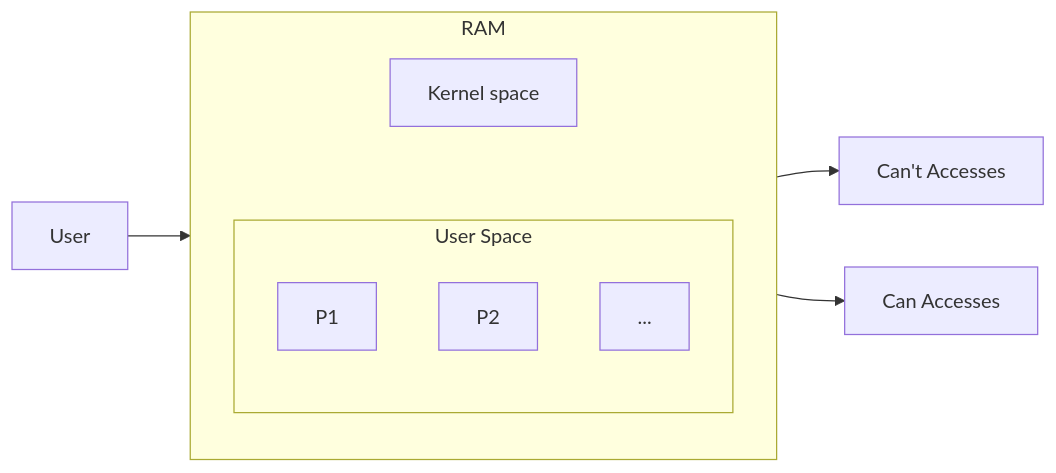
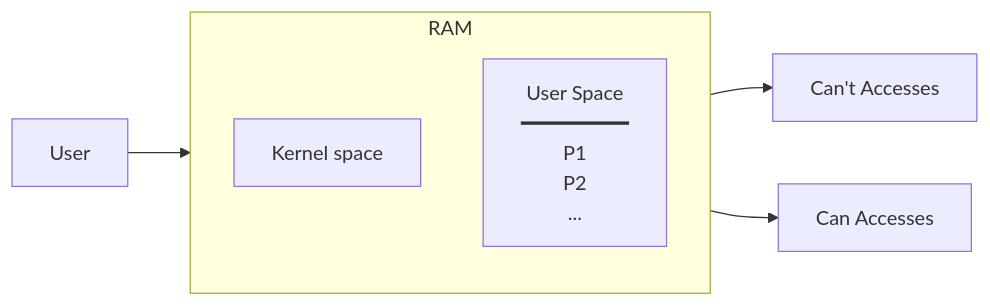
The second of 10 diagrams in OperatingSystem/OS_scratch/Concepts_OS/Intro_OS/Lession4.md (Duc-Lee/LLMserving_GPUoptimization), drawn with Mermaid before and after one commit. The commit also changed other lines of this file, not shown here.

````diff
--- a/OperatingSystem/OS_scratch/Concepts_OS/Intro_OS/Lession4.md
+++ b/OperatingSystem/OS_scratch/Concepts_OS/Intro_OS/Lession4.md
@@ -21,23 +21,14 @@
 ```mermaid
 flowchart LR
     USER["User"]
 
     subgraph RAM ["RAM"]
         direction TB
         KS["Kernel space"]
-        subgraph US ["User Space"]
-            direction TB
-            P1["P1"]
-            P2["P2"]
-            PDOTS["..."]
-        end
-        KS ~~~ US
+        US["User Space<br/>━━━━━━━━━<br/>P1<br/>P2<br/>..."]
     end
 
-    NO_ACC["Can't Accesses"]
-    CAN_ACC["Can Accesses"]
-
     USER --> US
-    KS --> NO_ACC
-    US --> CAN_ACC
+    KS --> NO_ACC["Can't Accesses"]
+    US --> CAN_ACC["Can Accesses"]
 ```
````
